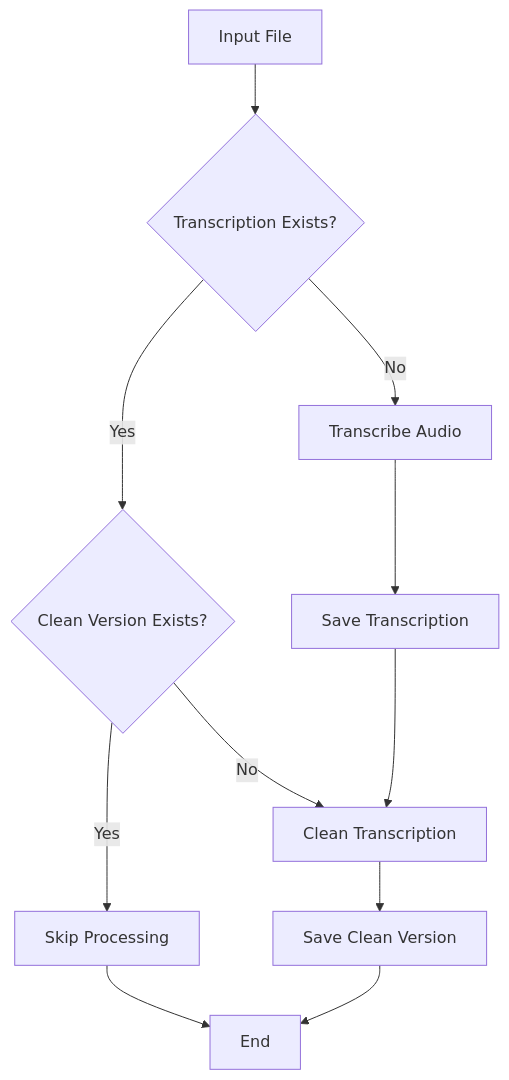
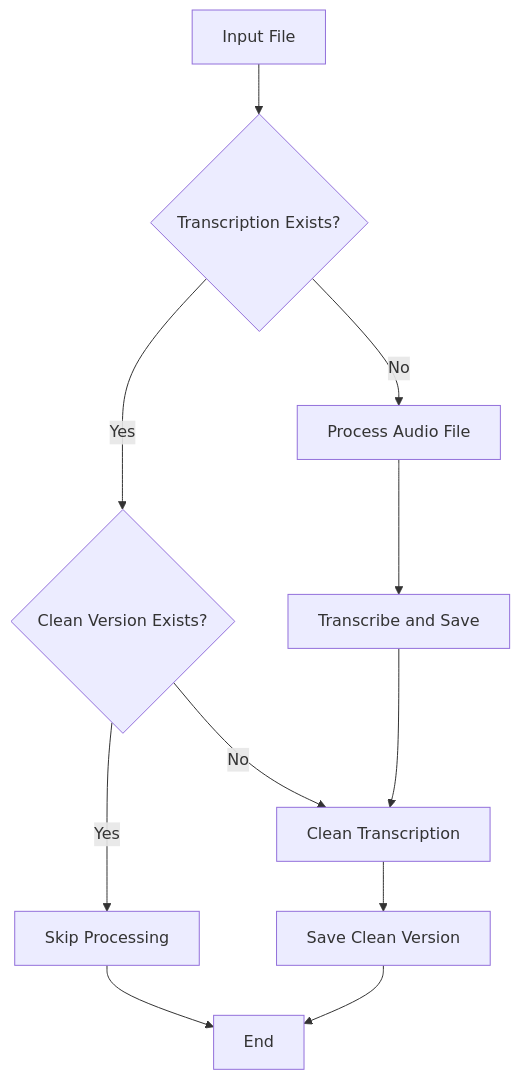
Before and after one commit to CaptainCodeAU/AudioScribe: the third of 4 diagrams in README.md, drawn with Mermaid. The commit also changed other lines of this file, not shown here.

Commit message:
Update README.md charts to reflect current implementation

````diff
--- a/README.md
+++ b/README.md
@@ -145,13 +150,13 @@
 ```mermaid
 graph TD
     A[Input File] --> B{Transcription Exists?}
     B -- Yes --> C{Clean Version Exists?}
-    B -- No --> D[Transcribe Audio]
+    B -- No --> D[Process Audio File]
     C -- Yes --> E[Skip Processing]
     C -- No --> F[Clean Transcription]
-    D --> G[Save Transcription]
+    D --> G[Transcribe and Save]
     G --> F
     F --> H[Save Clean Version]
     H --> I[End]
     E --> I
 ```
````
